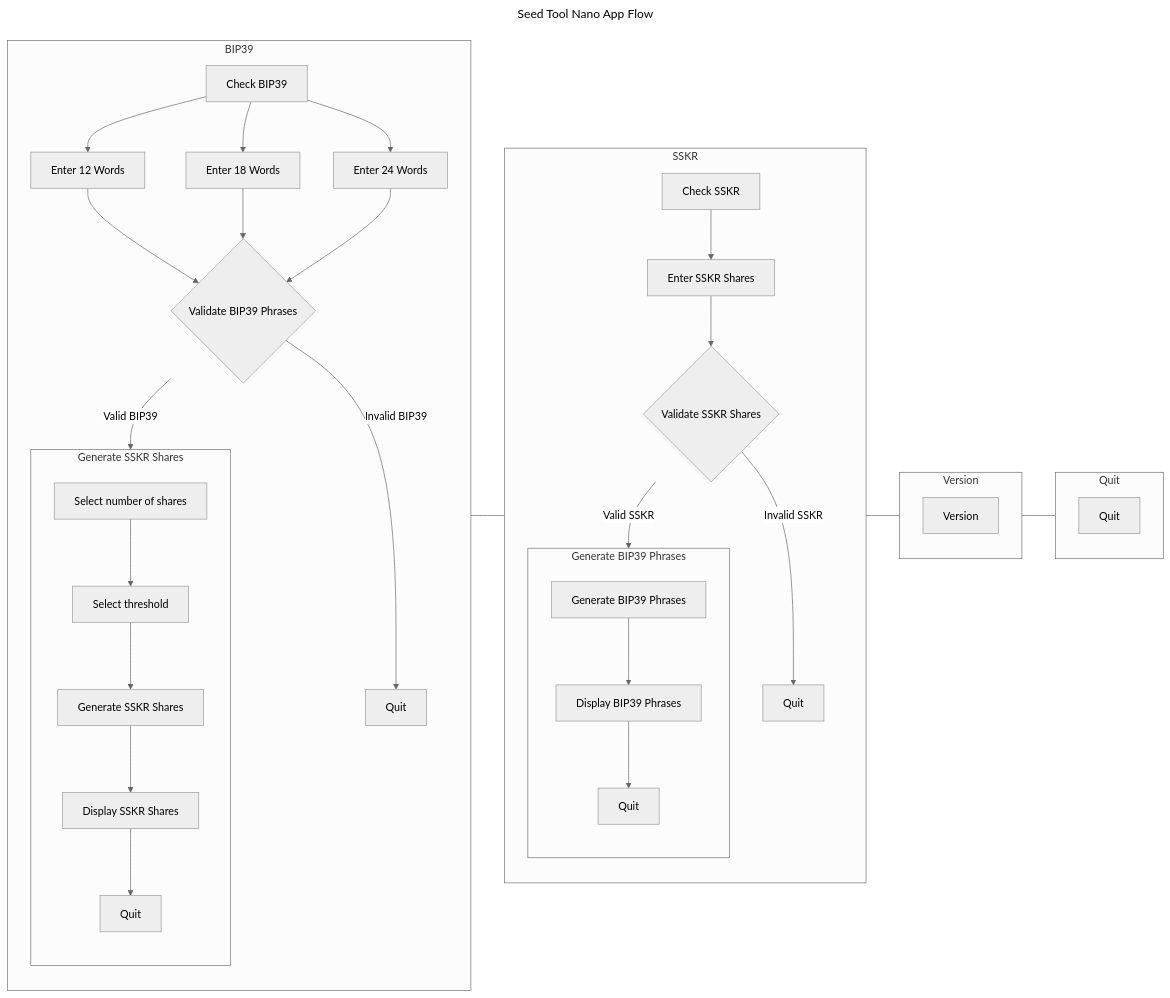
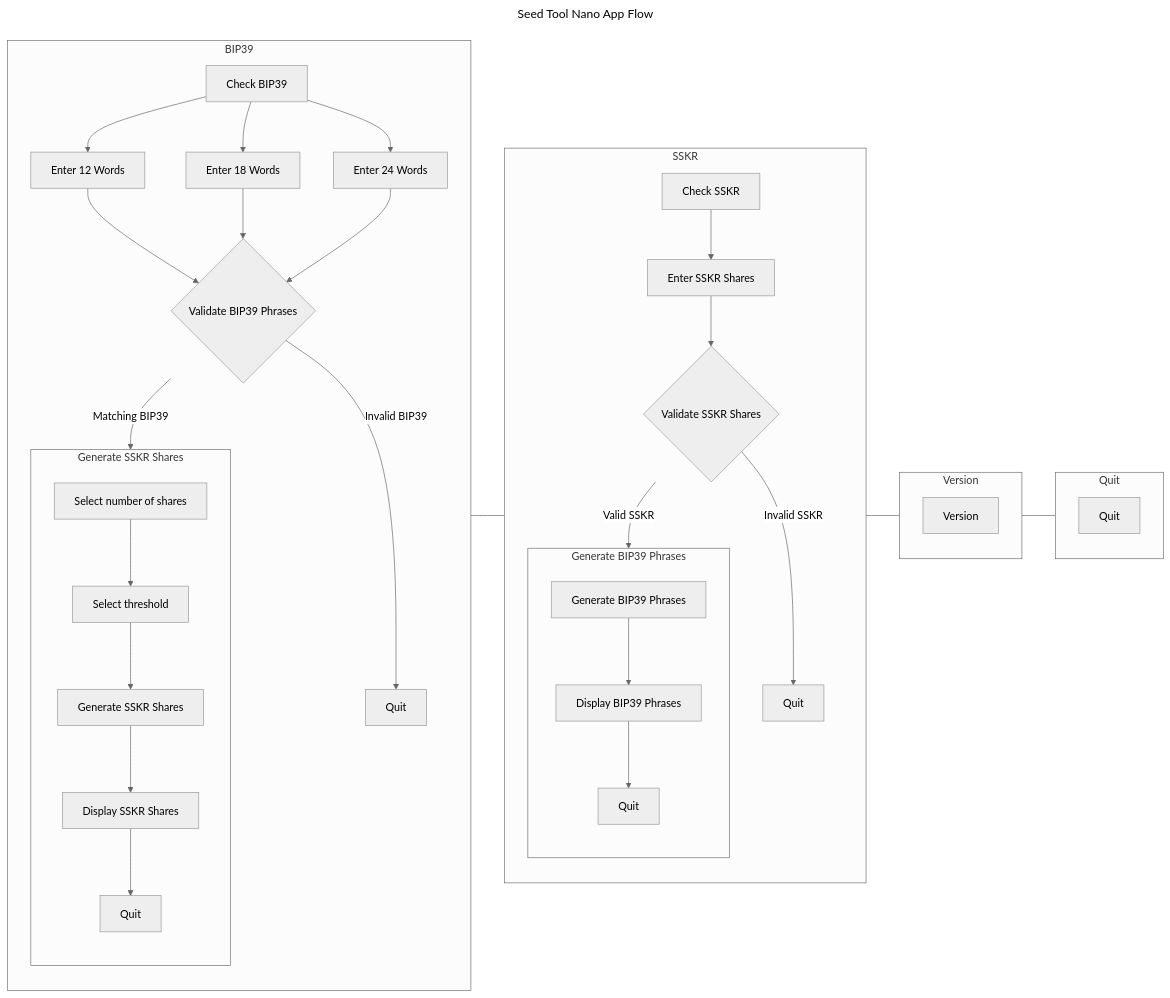
One commit to LedgerHQ/app-recovery-check changed the first of 3 diagrams in README.md. Above: the diagram before and after it, drawn with Mermaid (neutral theme). The commit also changed other lines of this file and 3 other files, not shown here.

````diff
--- a/README.md
+++ b/README.md
@@ -57,38 +68,38 @@
 ```mermaid
 ---
 title: Seed Tool Nano App Flow
 ---
 flowchart LR
     1 --- 2 --- 3 --- 4
     subgraph 1[BIP39]
         direction TB
         1.1[Check BIP39]
         1.1 --> 1.2.1[Enter 12 Words] --> 1.3{Validate BIP39 Phrases}
         1.1 --> 1.2.2[Enter 18 Words] --> 1.3
         1.1 --> 1.2.3[Enter 24 Words] --> 1.3
-        1.3 --> |Valid BIP39| 1.4
+        1.3 --> |Matching BIP39| 1.4
         1.3 --> |Invalid BIP39| 1.3.1[Quit]
         subgraph 1.4[Generate SSKR Shares]
             direction TB
             1.4.1[Select number of shares] --> 1.4.2[Select threshold] --> 1.4.3[Generate SSKR Shares] --> 1.4.4[Display SSKR Shares] --> 1.4.5[Quit]
         end
     end
     subgraph 2[SSKR]
         direction TB
         2.1[Check SSKR] --> 2.2[Enter SSKR Shares] --> 2.3{Validate SSKR Shares}
         2.3 --> |Valid SSKR| 2.4
         2.3 --> |Invalid SSKR| 2.3.1[Quit]
         subgraph 2.4[Generate BIP39 Phrases]
             direction TB
             2.4.1[Generate BIP39 Phrases] --> 2.4.2[Display BIP39 Phrases] --> 2.4.3[Quit]
         end
     end
     subgraph 3[Version]
         direction TB
         3.1[Version]
         end
     subgraph 4[Quit]
         direction TB
         4.1[Quit]
     end
 ```
````
